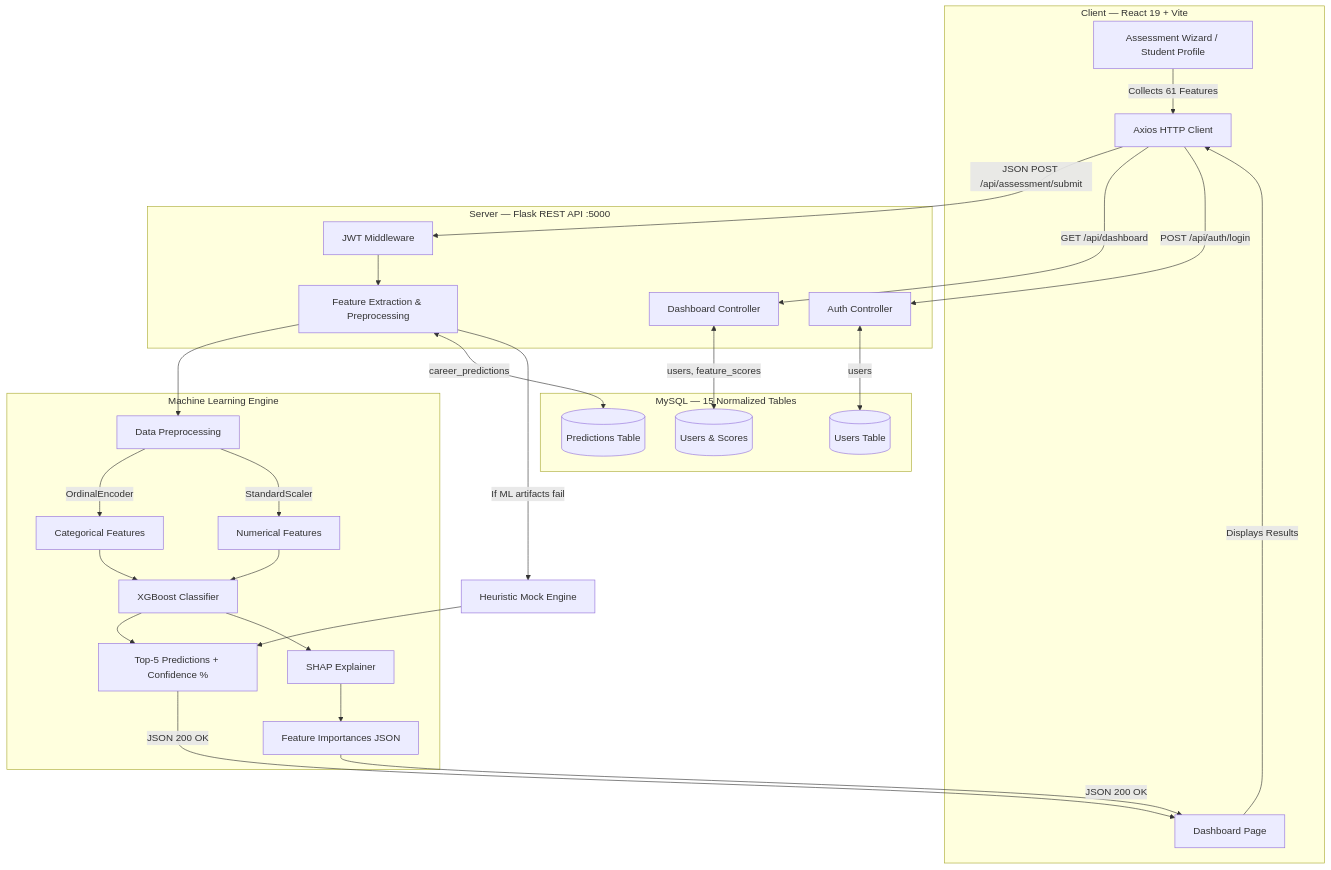
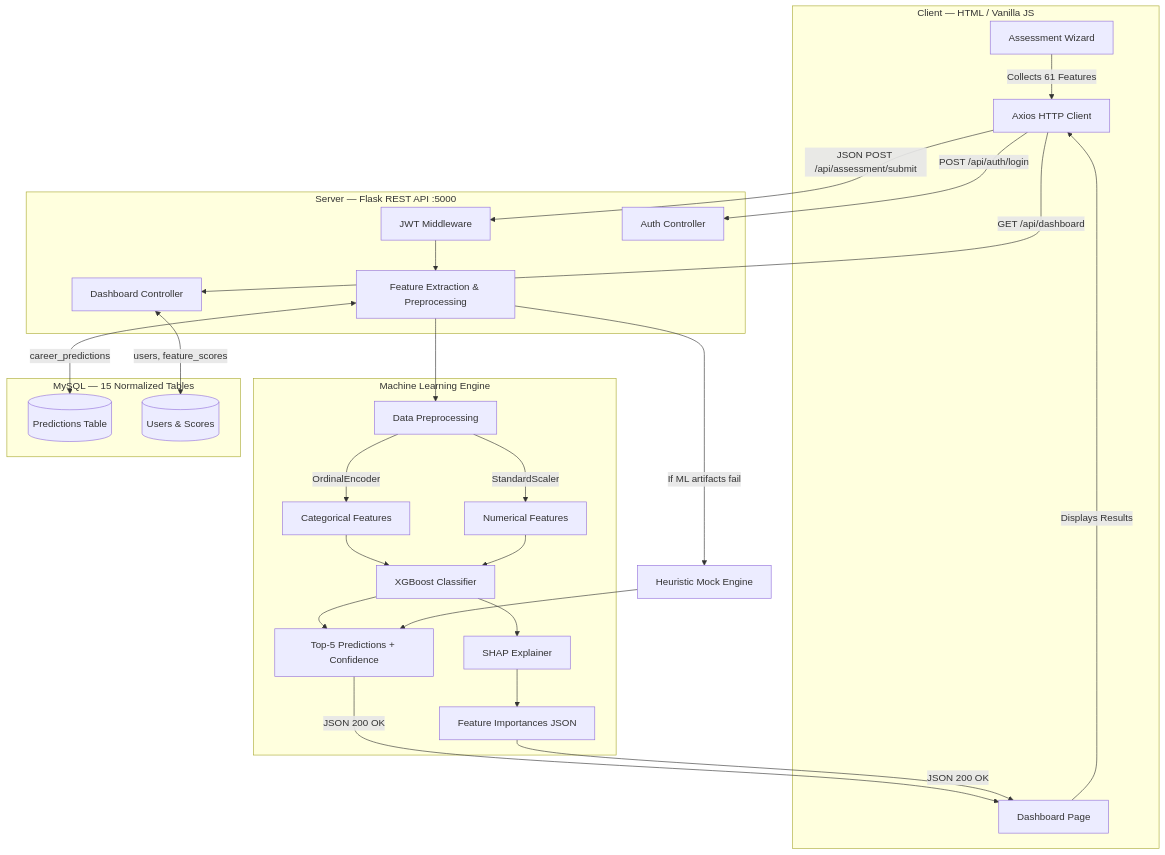
Before and after one commit to AMB-007/Personalized-Career-Recommendation-System-Using-Machine-Learning: the first of 2 diagrams in README.md, drawn with Mermaid. The commit also changed other lines of this file and 63 other files, not shown here.

````diff
--- a/README.md
+++ b/README.md
@@ -110,34 +109,33 @@
 ```mermaid
 graph TD
-    subgraph Frontend ["Client — React 19 + Vite"]
-        UI[Assessment Wizard / Student Profile] -->|Collects 61 Features| APIClient[Axios HTTP Client]
+    subgraph Frontend ["Client — HTML / Vanilla JS"]
+        UI[Assessment Wizard] -->|Collects 61 Features| APIClient[Axios HTTP Client]
         Dashboard[Dashboard Page] -->|Displays Results| APIClient
     end
 
     subgraph Backend ["Server — Flask REST API :5000"]
         APIClient -->|JSON POST /api/assessment/submit| Auth[JWT Middleware]
         Auth --> Controller[Feature Extraction & Preprocessing]
         APIClient -->|GET /api/dashboard| DashCtrl[Dashboard Controller]
         APIClient -->|POST /api/auth/login| AuthCtrl[Auth Controller]
     end
 
     subgraph ML ["Machine Learning Engine"]
         Controller --> Preprocessor[Data Preprocessing]
         Preprocessor -->|OrdinalEncoder| Cat[Categorical Features]
         Preprocessor -->|StandardScaler| Num[Numerical Features]
         Cat & Num --> Model[XGBoost Classifier]
-        Model --> Output["Top-5 Predictions + Confidence %"]
+        Model --> Output["Top-5 Predictions + Confidence"]
         Model --> SHAP[SHAP Explainer]
         SHAP --> Explanations[Feature Importances JSON]
     end
 
     subgraph DB ["MySQL — 15 Normalized Tables"]
         Controller <-->|career_predictions| Pred[(Predictions Table)]
         DashCtrl <-->|users, feature_scores| Users[(Users & Scores)]
-        AuthCtrl <-->|users| UsersTbl[(Users Table)]
     end
 
     Controller -->|"If ML artifacts fail"| Fallback[Heuristic Mock Engine]
     Fallback --> Output
     Output & Explanations -->|JSON 200 OK| Dashboard
 ```
````
